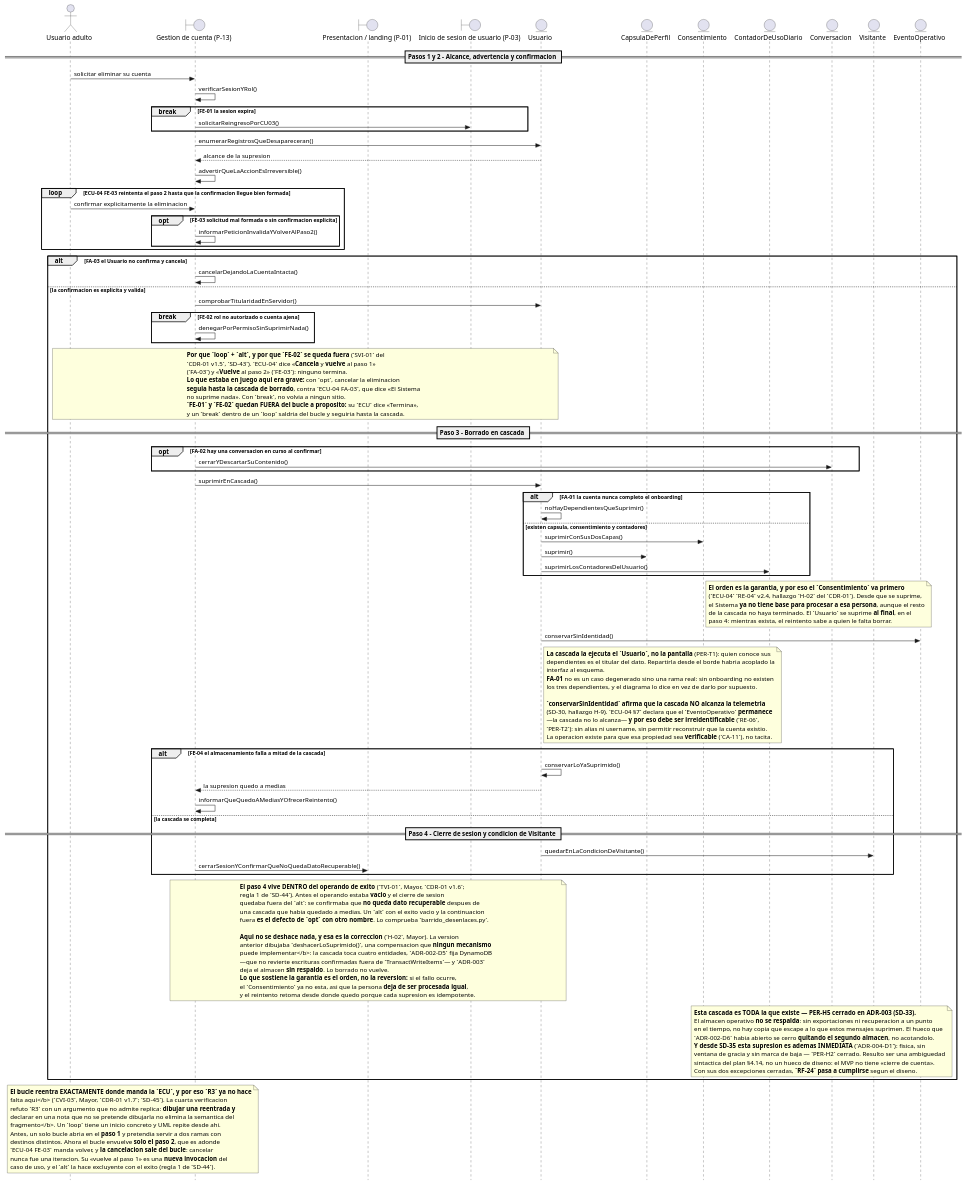
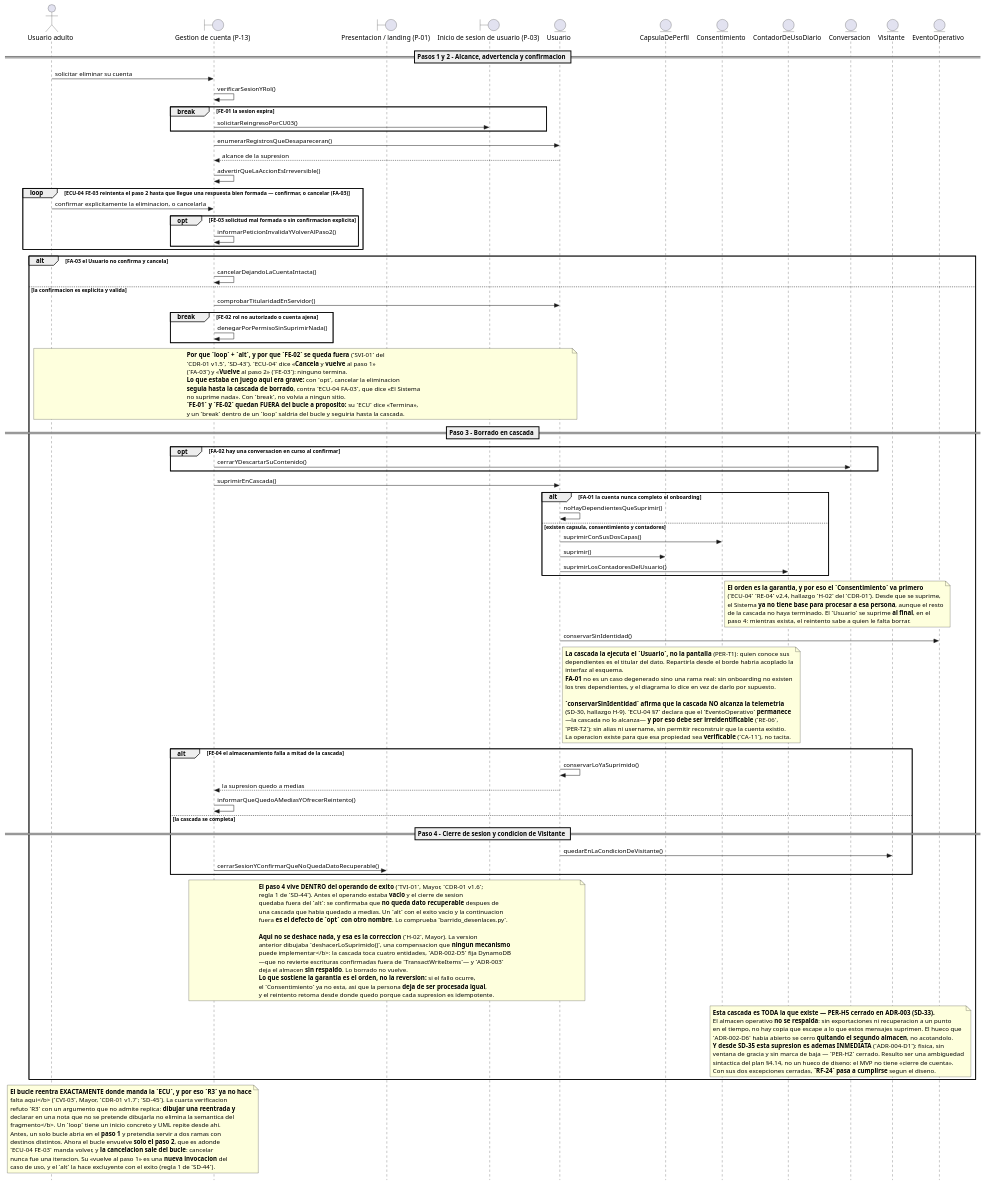
Before and after one commit to jonatan8254/alan-aura-academico: the diagram in docs/07_casos_uso/secuencia/puml/DS-04_secuencia_eliminar_cuenta.puml, drawn with PlantUML. The commit also changed 8 other files, not shown here.

```diff
--- a/docs/07_casos_uso/secuencia/puml/DS-04_secuencia_eliminar_cuenta.puml
+++ b/docs/07_casos_uso/secuencia/puml/DS-04_secuencia_eliminar_cuenta.puml
@@ -1,193 +1,196 @@
 @startuml
 ' DS-04 - Secuencia de CU-04 «Eliminar cuenta»
+' v1.6 (revision interna final, SD-45): RI-2: la guarda vuelve a nombrar la cancelacion (R4) y el mensaje del actor cubre ambas respuestas — la rama FA-03 era inalcanzable.
+'       Hallado por la revision de dos subagentes ANTES del veredicto — el mismo
+'       tipo de defecto que CVI-03, sobreviviendo dentro de la correccion de CVI-03.
 ' v1.5 (CVI-03 del CDR-01 v1.7, SD-45): CVI-03: el `loop` se acota al paso 2 —adonde manda `ECU-04 FE-03`— y `FA-03` sale a un `alt`, porque cancelar no es una iteracion. SD-45-H1: `informarPeticionInvalidaYVolverAlPaso1()` decia el paso equivocado.
 '       R3 ya no hace falta aqui: el bucle reentra donde manda la ECU. La cuarta
 '       verificacion la refuto — dibujar una reentrada y declarar en nota que no se
 '       pretende dibujarla NO elimina la semantica del fragmento.
 ' v1.4 (TVI-01/03/04 del CDR-01 v1.6, SD-44): TVI-01: el paso 4 pasa DENTRO del operando de exito de FE-04; la guarda nombra FA-03.
 '       CONVENCION SD-44 — R1: el sufijo de exito vive DENTRO de su operando.
 '       R2: un break dentro de un loop solo vale si lo que sigue al bucle es
 '       limpieza comun. R3: el punto de reentrada es normativo en la ECU y
 '       verificable en el CP; el diagrama NO lo dibuja. R4: la guarda nombra
 '       todas las salidas del bucle. Lo comprueba barrido_desenlaces.py.
 ' v1.3 (SVI-01 del CDR-01 v1.5, SD-43): FA-03 y FE-03 a `alt` dentro de un `loop`, y FE-04 a `alt` (ECU-04: los tres «Vuelve»).
 '       Tercer intento sobre la misma rama, y el primero que lee el DESENLACE de la
 '       ECU en vez de la categoria del flujo. `break` abandonaba; `opt` caia al exito;
 '       `break` otra vez (SD-41) se restauro alegando que la ECU decia «Termina», lo
 '       cual es FALSO. Y `loop` + `alt` (SD-43) tampoco bastaba: la TERCERA verificacion
 '       (TVI-01/02, CDR-01 v1.6) mostro que el operando de exito quedaba VACIO y la
 '       continuacion FUERA del alt, asi que el sufijo de exito se ejecutaba igual.
 '       SD-44 fija la convencion: el sufijo de exito vive DENTRO de su operando, y el
 '       punto exacto de reentrada es normativo en la ECU y verificable en el CP — el
 '       diagrama NO pretende dibujarlo. Los break legitimos quedan fuera del loop; dentro
 '       saldrian del
 '       bucle y seguirian ejecutando, en vez de terminar.
 ' v1.2 (VI-01 del CDR-01 v1.4, SD-41): FA-03, FE-03 y FE-04 vuelven de opt a BREAK.
 '       Criterio: estan a profundidad 0 —el fragmento envolvente es la interaccion
 '       entera— y su fila de ECU declara que el remanente NO se ejecuta. En UML 2.5
 '       `break` ejecuta su operando EN LUGAR DEL RESTO: es esa semantica exacta.
 '       `opt` solo saltaba su cuerpo y el flujo caia al exito.
 '       Consecuencia declarada: para estos casos el `break` ORIGINAL era correcto y
 '       esa parte de H-01 fue un falso positivo. Ver DS-00 §12.
 ' v1.1 (CDR-01): H-01 — FA-03, FE-03 y FE-04 pasan de break a opt.
 '       H-02 (Mayor) — la cascada se REORDENA (Consentimiento primero, Usuario al final) y
 '       FE-04 deja de deshacer: conserva lo suprimido y ofrece reintento. Ver ECU-04 v2.4.
 ' v1.0 (fase de diseno detallado, ICONIX paso 6)
 ' Insumos: DR-04 v2.0 (11 controladores), ECU-04 v2.0, MD-01 v1.4, DCU-01 v2.1,
 '          DIS-00 (P-13; destinos P-01, P-03), PER-01 v1.2 (PER-T1), PRIV-01.
 ' Capa de infraestructura: NO EJECUTADA por decision declarada (E-1 de DS-00).
 
 skinparam style strictuml
 skinparam shadowing false
 skinparam responseMessageBelowArrow true
 
 actor "Usuario adulto" as ACT_Usuario
 boundary "Gestion de cuenta (P-13)" as B_PaginaGestionCuenta
 boundary "Presentacion / landing (P-01)" as B_PaginaPresentacion
 boundary "Inicio de sesion de usuario (P-03)" as B_PaginaInicioSesion
 entity "Usuario" as E_Usuario
 entity "CapsulaDePerfil" as E_CapsulaDePerfil
 entity "Consentimiento" as E_Consentimiento
 entity "ContadorDeUsoDiario" as E_ContadorDeUsoDiario
 entity "Conversacion" as E_Conversacion
 entity "Visitante" as E_Visitante
 entity "EventoOperativo" as E_EventoOperativo
 
 == Pasos 1 y 2 - Alcance, advertencia y confirmacion ==
 
 ACT_Usuario -> B_PaginaGestionCuenta : solicitar eliminar su cuenta
 B_PaginaGestionCuenta -> B_PaginaGestionCuenta : verificarSesionYRol()
 
 break FE-01 la sesion expira
   B_PaginaGestionCuenta -> B_PaginaInicioSesion : solicitarReingresoPorCU03()
 end
 
 B_PaginaGestionCuenta -> E_Usuario : enumerarRegistrosQueDesapareceran()
 E_Usuario --> B_PaginaGestionCuenta : alcance de la supresion
 B_PaginaGestionCuenta -> B_PaginaGestionCuenta : advertirQueLaAccionEsIrreversible()
 
-loop ECU-04 FE-03 reintenta el paso 2 hasta que la confirmacion llegue bien formada
-  ACT_Usuario -> B_PaginaGestionCuenta : confirmar explicitamente la eliminacion
+loop ECU-04 FE-03 reintenta el paso 2 hasta que llegue una respuesta bien formada — confirmar, o cancelar (FA-03)
+  ACT_Usuario -> B_PaginaGestionCuenta : confirmar explicitamente la eliminacion, o cancelarla
 
   opt FE-03 solicitud mal formada o sin confirmacion explicita
     B_PaginaGestionCuenta -> B_PaginaGestionCuenta : informarPeticionInvalidaYVolverAlPaso2()
   end
 end
 
 alt FA-03 el Usuario no confirma y cancela
   B_PaginaGestionCuenta -> B_PaginaGestionCuenta : cancelarDejandoLaCuentaIntacta()
 else la confirmacion es explicita y valida
 
   B_PaginaGestionCuenta -> E_Usuario : comprobarTitularidadEnServidor()
 
   break FE-02 rol no autorizado o cuenta ajena
     B_PaginaGestionCuenta -> B_PaginaGestionCuenta : denegarPorPermisoSinSuprimirNada()
   end
 
   note over ACT_Usuario, E_Usuario
     <b>Por que `loop` + `alt`, y por que `FE-02` se queda fuera</b> (`SVI-01` del
     `CDR-01 v1.5`, `SD-43`). `ECU-04` dice «<b>Cancela</b> y <b>vuelve</b> al paso 1»
     (`FA-03`) y «<b>Vuelve</b> al paso 2» (`FE-03`): ninguno termina.
     <b>Lo que estaba en juego aqui era grave:</b> con `opt`, cancelar la eliminacion
     <b>seguia hasta la cascada de borrado</b>, contra `ECU-04 FA-03`, que dice «El Sistema
     no suprime nada». Con `break`, no volvia a ningun sitio.
     <b>`FE-01` y `FE-02` quedan FUERA del bucle a proposito:</b> su `ECU` dice «Termina»,
     y un `break` dentro de un `loop` saldria del bucle y seguiria hasta la cascada.
   end note
 
   == Paso 3 - Borrado en cascada ==
 
   opt FA-02 hay una conversacion en curso al confirmar
     B_PaginaGestionCuenta -> E_Conversacion : cerrarYDescartarSuContenido()
   end
 
   B_PaginaGestionCuenta -> E_Usuario : suprimirEnCascada()
 
   alt FA-01 la cuenta nunca completo el onboarding
     E_Usuario -> E_Usuario : noHayDependientesQueSuprimir()
   else existen capsula, consentimiento y contadores
     E_Usuario -> E_Consentimiento : suprimirConSusDosCapas()
     E_Usuario -> E_CapsulaDePerfil : suprimir()
     E_Usuario -> E_ContadorDeUsoDiario : suprimirLosContadoresDelUsuario()
   end
 
   note right of E_Consentimiento
     <b>El orden es la garantia, y por eso el `Consentimiento` va primero</b>
     (`ECU-04` `RE-04` v2.4, hallazgo `H-02` del `CDR-01`). Desde que se suprime,
     el Sistema <b>ya no tiene base para procesar a esa persona</b>, aunque el resto
     de la cascada no haya terminado. El `Usuario` se suprime <b>al final</b>, en el
     paso 4: mientras exista, el reintento sabe a quien le falta borrar.
   end note
 
   E_Usuario -> E_EventoOperativo : conservarSinIdentidad()
 
   note right of E_Usuario
     <b>La cascada la ejecuta el `Usuario`, no la pantalla</b> (PER-T1): quien conoce sus
     dependientes es el titular del dato. Repartirla desde el borde habria acoplado la
     interfaz al esquema.
     <b>FA-01</b> no es un caso degenerado sino una rama real: sin onboarding no existen
     los tres dependientes, y el diagrama lo dice en vez de darlo por supuesto.
 
     <b>`conservarSinIdentidad` afirma que la cascada NO alcanza la telemetria</b>
     (SD-30, hallazgo H-9). `ECU-04 §7` declara que el `EventoOperativo` <b>permanece</b>
     —la cascada no lo alcanza— <b>y por eso debe ser irreidentificable</b> (`RE-06`,
     `PER-T2`): sin alias ni username, sin permitir reconstruir que la cuenta existio.
     La operacion existe para que esa propiedad sea <b>verificable</b> (`CA-11`), no tacita.
   end note
 
   alt FE-04 el almacenamiento falla a mitad de la cascada
     E_Usuario -> E_Usuario : conservarLoYaSuprimido()
     E_Usuario --> B_PaginaGestionCuenta : la supresion quedo a medias
     B_PaginaGestionCuenta -> B_PaginaGestionCuenta : informarQueQuedoAMediasYOfrecerReintento()
   else la cascada se completa
 
     == Paso 4 - Cierre de sesion y condicion de Visitante ==
 
     E_Usuario -> E_Visitante : quedarEnLaCondicionDeVisitante()
     B_PaginaGestionCuenta -> B_PaginaPresentacion : cerrarSesionYConfirmarQueNoQuedaDatoRecuperable()
   end
 
   note over E_Usuario, B_PaginaGestionCuenta
     <b>El paso 4 vive DENTRO del operando de exito</b> (`TVI-01`, Mayor, `CDR-01 v1.6`;
     regla 1 de `SD-44`). Antes el operando estaba <b>vacio</b> y el cierre de sesion
     quedaba fuera del `alt`: se confirmaba que <b>no queda dato recuperable</b> despues de
     una cascada que habia quedado a medias. Un `alt` con el exito vacio y la continuacion
     fuera <b>es el defecto de `opt` con otro nombre</b>. Lo comprueba `barrido_desenlaces.py`.
 
     <b>Aqui no se deshace nada, y esa es la correccion</b> (`H-02`, Mayor). La version
     anterior dibujaba `deshacerLoSuprimido()`, una compensacion que <b>ningun mecanismo
     puede implementar</b>: la cascada toca cuatro entidades, `ADR-002-D5` fija DynamoDB
     —que no revierte escrituras confirmadas fuera de `TransactWriteItems`— y `ADR-003`
     deja el almacen <b>sin respaldo</b>. Lo borrado no vuelve.
     <b>Lo que sostiene la garantia es el orden, no la reversion:</b> si el fallo ocurre,
     el `Consentimiento` ya no esta, asi que la persona <b>deja de ser procesada igual</b>,
     y el reintento retoma desde donde quedo porque cada supresion es idempotente.
   end note
 
   note over E_ContadorDeUsoDiario, E_Visitante
     <b>Esta cascada es TODA la que existe — PER-H5 cerrado en ADR-003 (SD-33).</b>
     El almacen operativo <b>no se respalda</b>: sin exportaciones ni recuperacion a un punto
     en el tiempo, no hay copia que escape a lo que estos mensajes suprimen. El hueco que
     `ADR-002-D6` habia abierto se cerro <b>quitando el segundo almacen</b>, no acotandolo.
     <b>Y desde SD-35 esta supresion es ademas INMEDIATA</b> (`ADR-004-D1`): fisica, sin
     ventana de gracia y sin marca de baja — `PER-H2` cerrado. Resulto ser una ambiguedad
     sintactica del plan §4.14, no un hueco de diseno: el MVP no tiene «cierre de cuenta».
     Con sus dos excepciones cerradas, <b>`RF-24` pasa a cumplirse</b> segun el diseno.
   end note
 
 end
 
 note over ACT_Usuario, B_PaginaGestionCuenta
   <b>El bucle reentra EXACTAMENTE donde manda la `ECU`, y por eso `R3` ya no hace
   falta aqui</b> (`CVI-03`, Mayor, `CDR-01 v1.7`; `SD-45`). La cuarta verificacion
   refuto `R3` con un argumento que no admite replica: <b>dibujar una reentrada y
   declarar en una nota que no se pretende dibujarla no elimina la semantica del
   fragmento</b>. Un `loop` tiene un inicio concreto y UML repite desde ahi.
   Antes, un solo bucle abria en el <b>paso 1</b> y pretendia servir a dos ramas con
   destinos distintos. Ahora el bucle envuelve <b>solo el paso 2</b>, que es adonde
   `ECU-04 FE-03` manda volver, y <b>la cancelacion sale del bucle</b>: cancelar
   nunca fue una iteracion. Su «vuelve al paso 1» es una <b>nueva invocacion</b> del
   caso de uso, y el `alt` la hace excluyente con el exito (regla 1 de `SD-44`).
 end note
 
 @enduml
```
